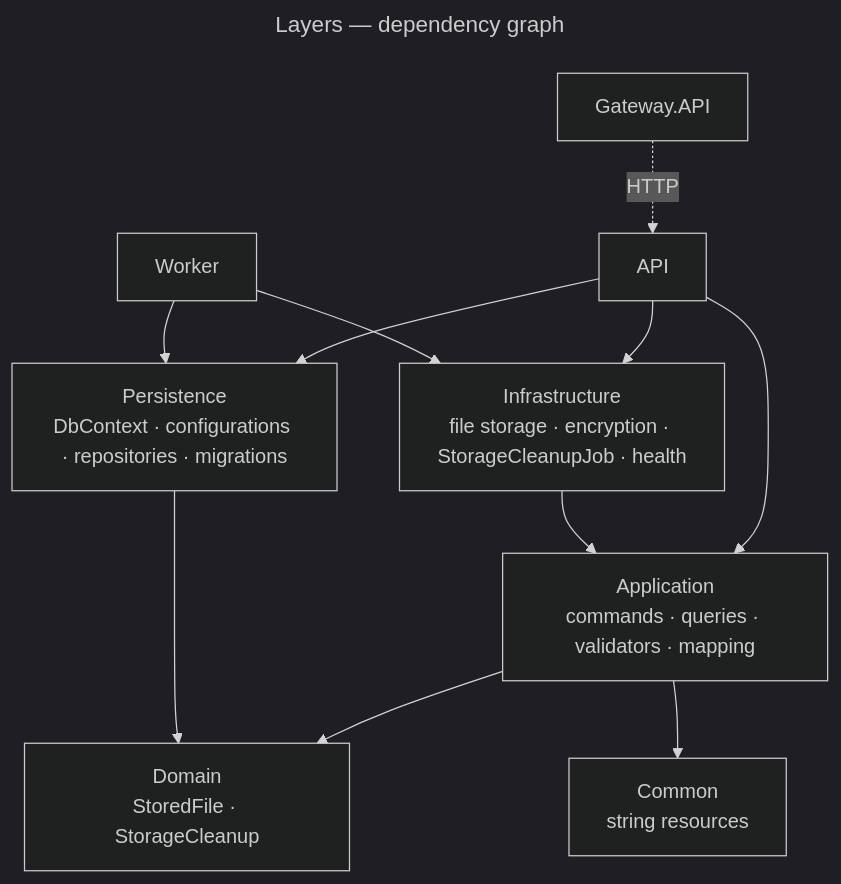
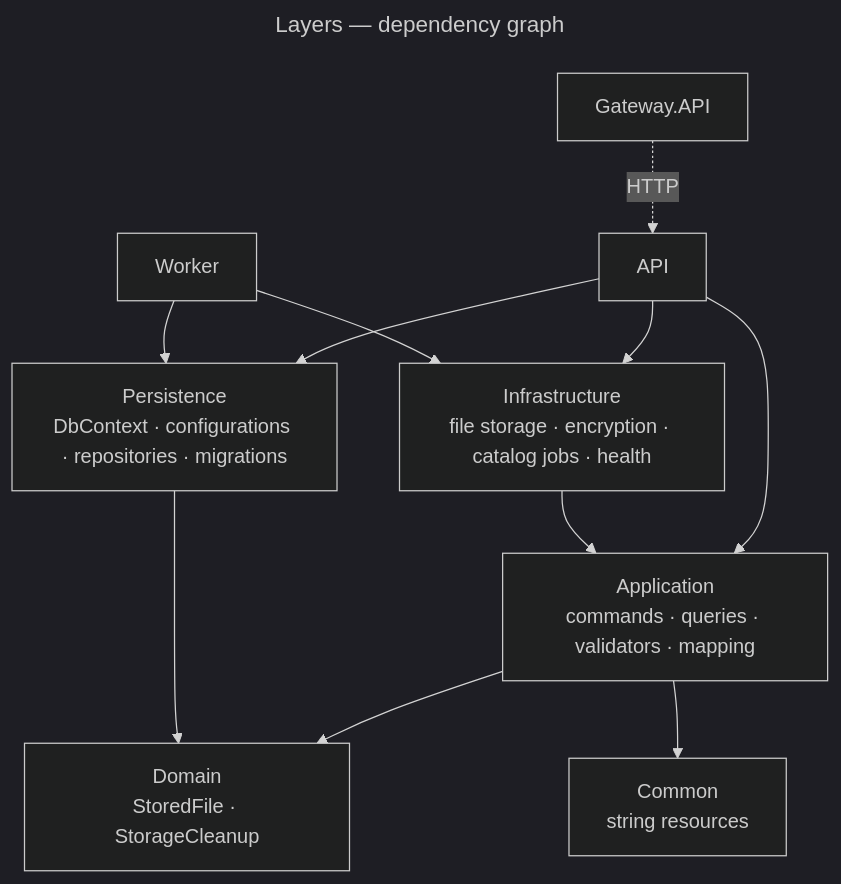
Before and after one commit to gmetskhvarishvili/GM.FileStorage.Samples: the second of 3 diagrams in docs/architecture.md, drawn with Mermaid (dark theme). The commit also changed other lines of this file and 13 other files, not shown here.

First line of the commit message:
refactor: catalog jobs and Redis coordination come from the libraries

````diff
--- a/docs/architecture.md
+++ b/docs/architecture.md
@@ -61,25 +61,25 @@
 ```mermaid
 ---
 title: Layers — dependency graph
 ---
 flowchart TB
     gateway[Gateway.API]
     apiHost[API]
     workerHost[Worker]
     app[Application<br/>commands · queries · validators · mapping]
-    infra[Infrastructure<br/>file storage · encryption · StorageCleanupJob · health]
+    infra[Infrastructure<br/>file storage · encryption · catalog jobs · health]
     pers[Persistence<br/>DbContext · configurations · repositories · migrations]
     domain[Domain<br/>StoredFile · StorageCleanup]
     common[Common<br/>string resources]
 
     gateway -. HTTP .-> apiHost
     apiHost --> app
     apiHost --> infra
     apiHost --> pers
     workerHost --> infra
     workerHost --> pers
     infra --> app
     app --> domain
     pers --> domain
     app --> common
 ```
````
